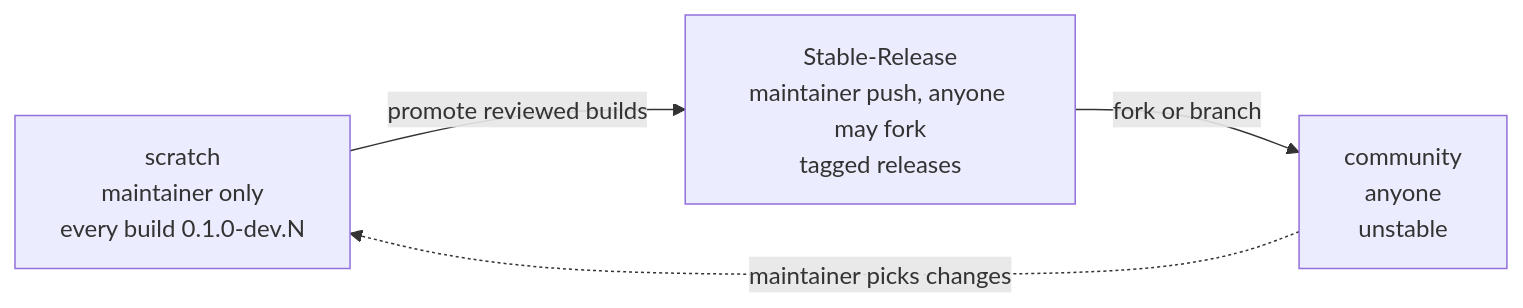
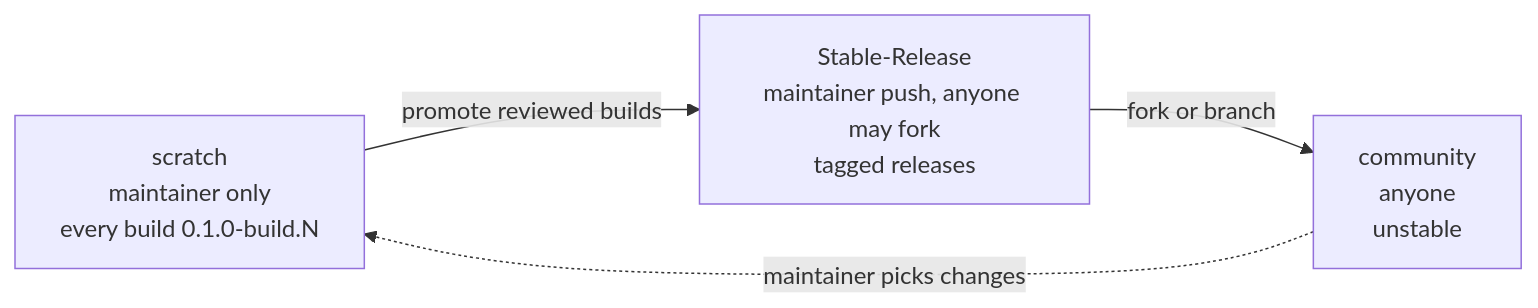
One commit to clearkeysolutions/ckey changed the diagram in docs/RELEASE-AND-VERSIONING-MAP.md. Above: the diagram before and after it, drawn with Mermaid. The commit also changed other lines of this file and 38 other files, not shown here.

````diff
--- a/docs/RELEASE-AND-VERSIONING-MAP.md
+++ b/docs/RELEASE-AND-VERSIONING-MAP.md
@@ -132,6 +133,6 @@
 ```mermaid
 flowchart LR
-  S["scratch<br/>maintainer only<br/>every build 0.1.0-dev.N"] -->|promote reviewed builds| R["Stable-Release<br/>maintainer push, anyone may fork<br/>tagged releases"]
+  S["scratch<br/>maintainer only<br/>every build 0.1.0-build.N"] -->|promote reviewed builds| R["Stable-Release<br/>maintainer push, anyone may fork<br/>tagged releases"]
   R -->|fork or branch| C["community<br/>anyone<br/>unstable"]
   C -.->|maintainer picks changes| S
 ```
````
